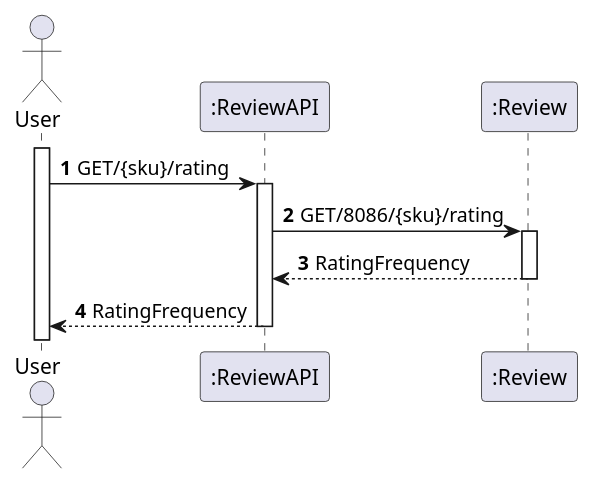
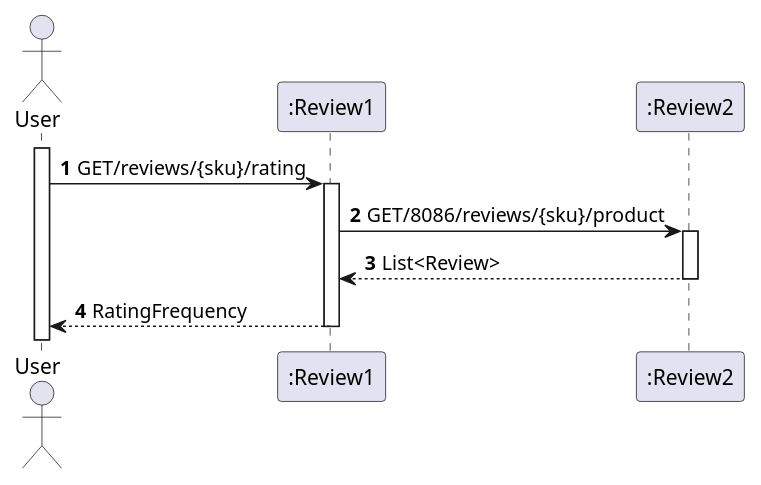
Before and after one commit to giovannaFantacini/ReviewAPI: the diagram in Documentos/SIDIS/Review_getRatingFrequency.puml, drawn with PlantUML. The commit also changed 9 other files, not shown here.

Commit message:
Diagramas

```diff
--- a/Documentos/SIDIS/Review_getRatingFrequency.puml
+++ b/Documentos/SIDIS/Review_getRatingFrequency.puml
@@ -1,17 +1,17 @@
 @startuml
 'https://plantuml.com/sequence-diagram
 
 autoactivate on
 autonumber
 
 actor "User" as User
-participant ":ReviewAPI" as rev1
-participant ":Review" as rev2
+participant ":Review1" as rev1
+participant ":Review2" as rev2
 
 activate User
 
-User -> rev1: GET/{sku}/rating
-rev1 -> rev2: GET/8086/{sku}/rating
-rev2 -->rev1: RatingFrequency
+User -> rev1: GET/reviews/{sku}/rating
+rev1 -> rev2: GET/8086/reviews/{sku}/product
+rev2 -->rev1: List<Review>
 rev1 --> User: RatingFrequency
 @enduml
```
